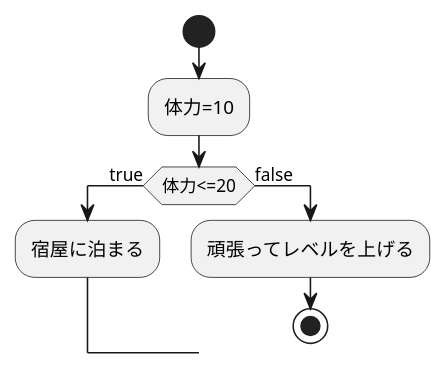
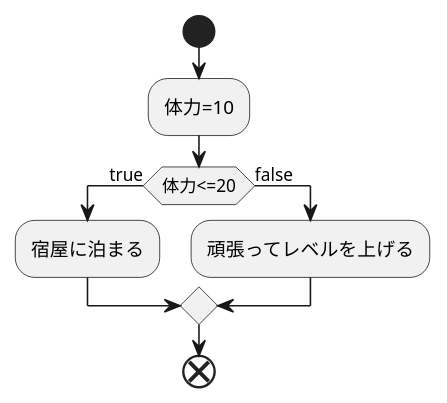
Before and after one commit to Aso2001219/2021sys-design: the diagram in test2.md, drawn with PlantUML.

````diff
--- a/test2.md
+++ b/test2.md
@@ -1,11 +1,13 @@
 ```uml
 @startuml
 start
 :体力=10;
 if (体力<=20) then (true)
   :宿屋に泊まる;
   else(false)
     :頑張ってレベルを上げる;
-stop
+
+endif
+end
 @enduml
 ```
````
